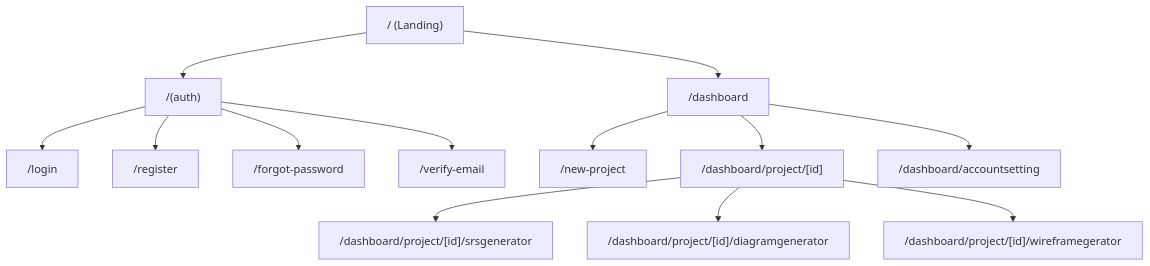
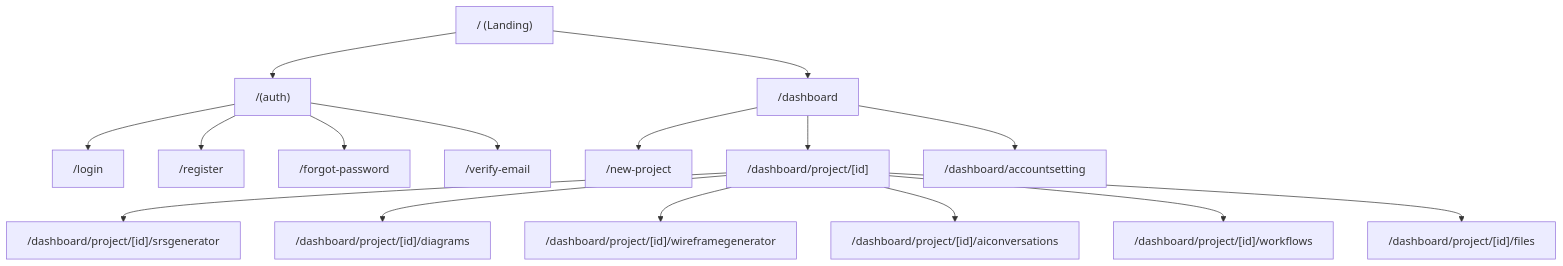
The third of 3 diagrams in docs/architecture/architecture.md (KHTNK22-DATN-BA-Copilot/ba_copilot_frontend), drawn with Mermaid before and after one commit. The commit also changed other lines of this file and 13 other files, not shown here.

````diff
--- a/docs/architecture/architecture.md
+++ b/docs/architecture/architecture.md
@@ -212,29 +758,35 @@
 ```mermaid
 graph TD
     Root["/  (Landing)"]
     Auth["/(auth)"]
     Login["/login"]
     Register["/register"]
     ForgotPwd["/forgot-password"]
     VerifyEmail["/verify-email"]
     Dashboard["/dashboard"]
     NewProject["/new-project"]
     ProjectDetail["/dashboard/project/[id]"]
     SRSGen["/dashboard/project/[id]/srsgenerator"]
-    Wireframe["/dashboard/project/[id]/wireframegerator"]
-    Diagram["/dashboard/project/[id]/diagramgenerator"]
+    Wireframe["/dashboard/project/[id]/wireframegenerator"]
+    Diagram["/dashboard/project/[id]/diagrams"]
+    AIChat["/dashboard/project/[id]/aiconversations"]
+    Workflows["/dashboard/project/[id]/workflows"]
+    Files["/dashboard/project/[id]/files"]
     AccountSetting["/dashboard/accountsetting"]
     
     Root --> Auth
     Root --> Dashboard
     Auth --> Login
     Auth --> Register
     Auth --> ForgotPwd
     Auth --> VerifyEmail
     Dashboard --> NewProject
     Dashboard --> ProjectDetail
     Dashboard --> AccountSetting
     ProjectDetail --> SRSGen
     ProjectDetail --> Diagram
     ProjectDetail --> Wireframe
+    ProjectDetail --> AIChat
+    ProjectDetail --> Workflows
+    ProjectDetail --> Files
 ```
````
